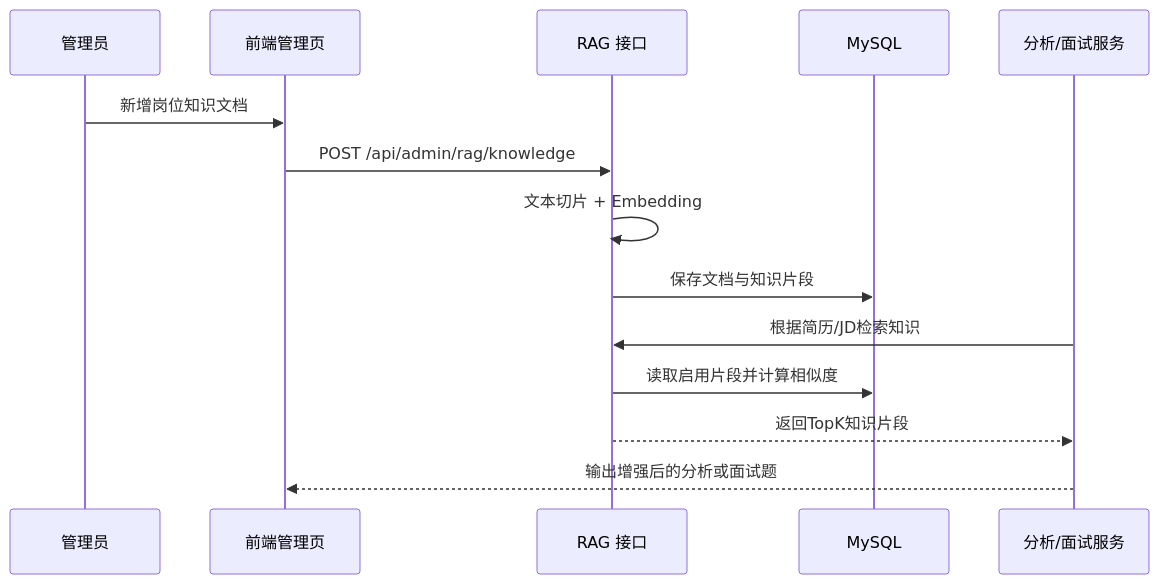
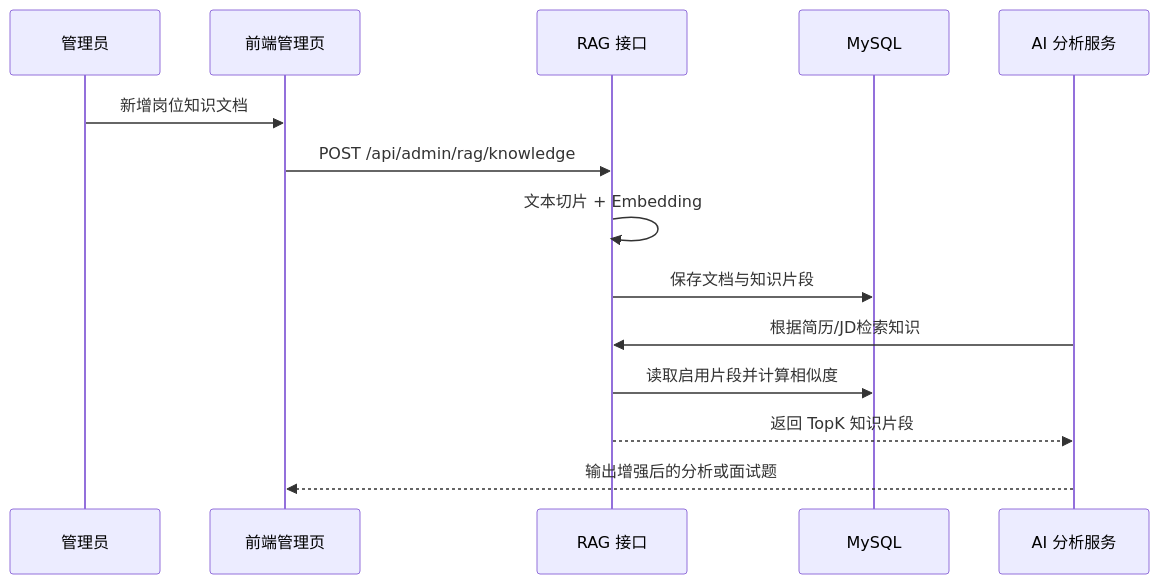
One commit to wan719/intern-pilot changed the third of 4 diagrams in README.md. Above: the diagram before and after it, drawn with Mermaid. The commit also changed other lines of this file, not shown here.

````diff
--- a/README.md
+++ b/README.md
@@ -106,17 +126,17 @@
 ```mermaid
 sequenceDiagram
     participant Admin as 管理员
     participant UI as 前端管理页
     participant API as RAG 接口
     participant DB as MySQL
-    participant AI as 分析/面试服务
+    participant AI as AI 分析服务
 
     Admin->>UI: 新增岗位知识文档
     UI->>API: POST /api/admin/rag/knowledge
     API->>API: 文本切片 + Embedding
     API->>DB: 保存文档与知识片段
     AI->>API: 根据简历/JD检索知识
     API->>DB: 读取启用片段并计算相似度
-    API-->>AI: 返回TopK知识片段
+    API-->>AI: 返回 TopK 知识片段
     AI-->>UI: 输出增强后的分析或面试题
 ```
````
